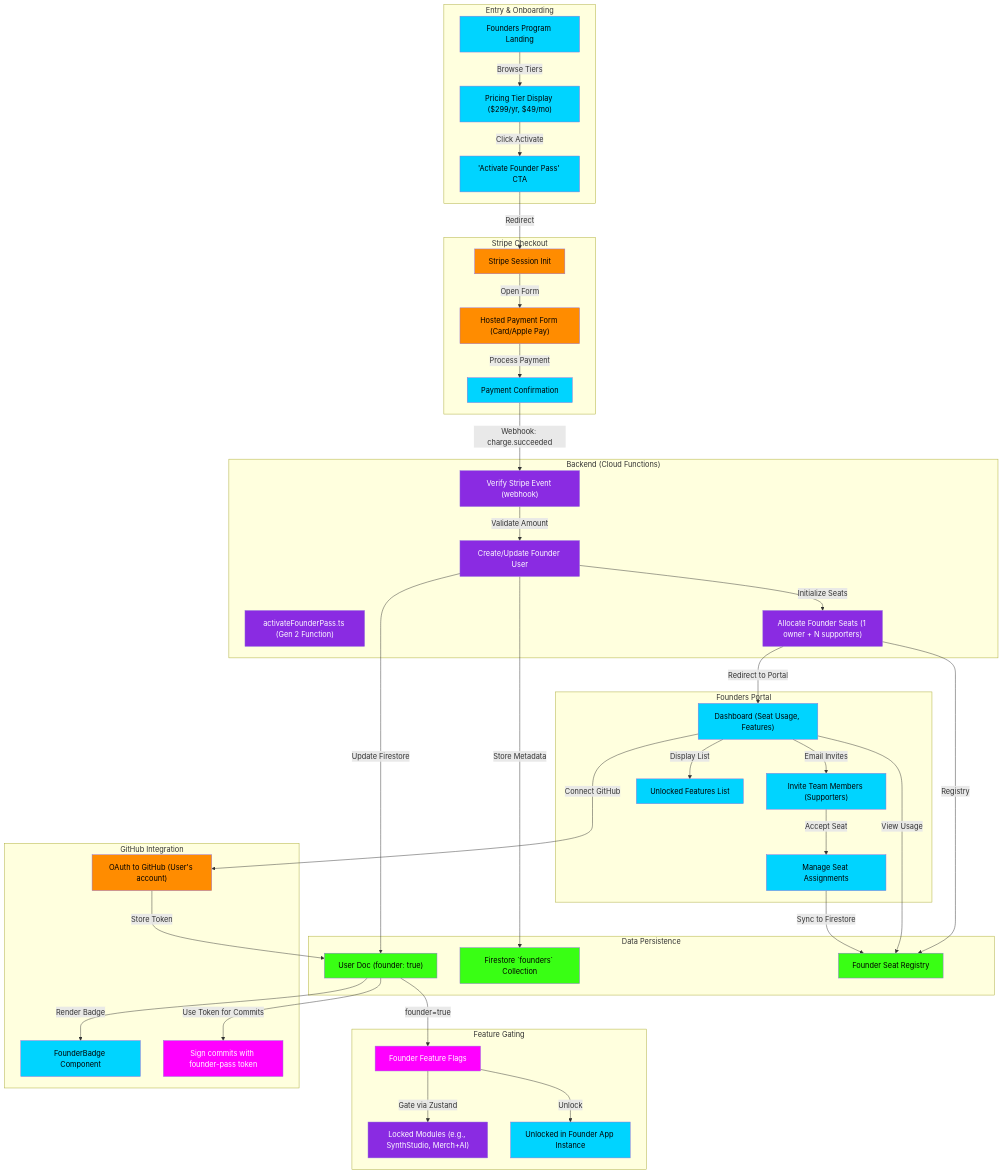
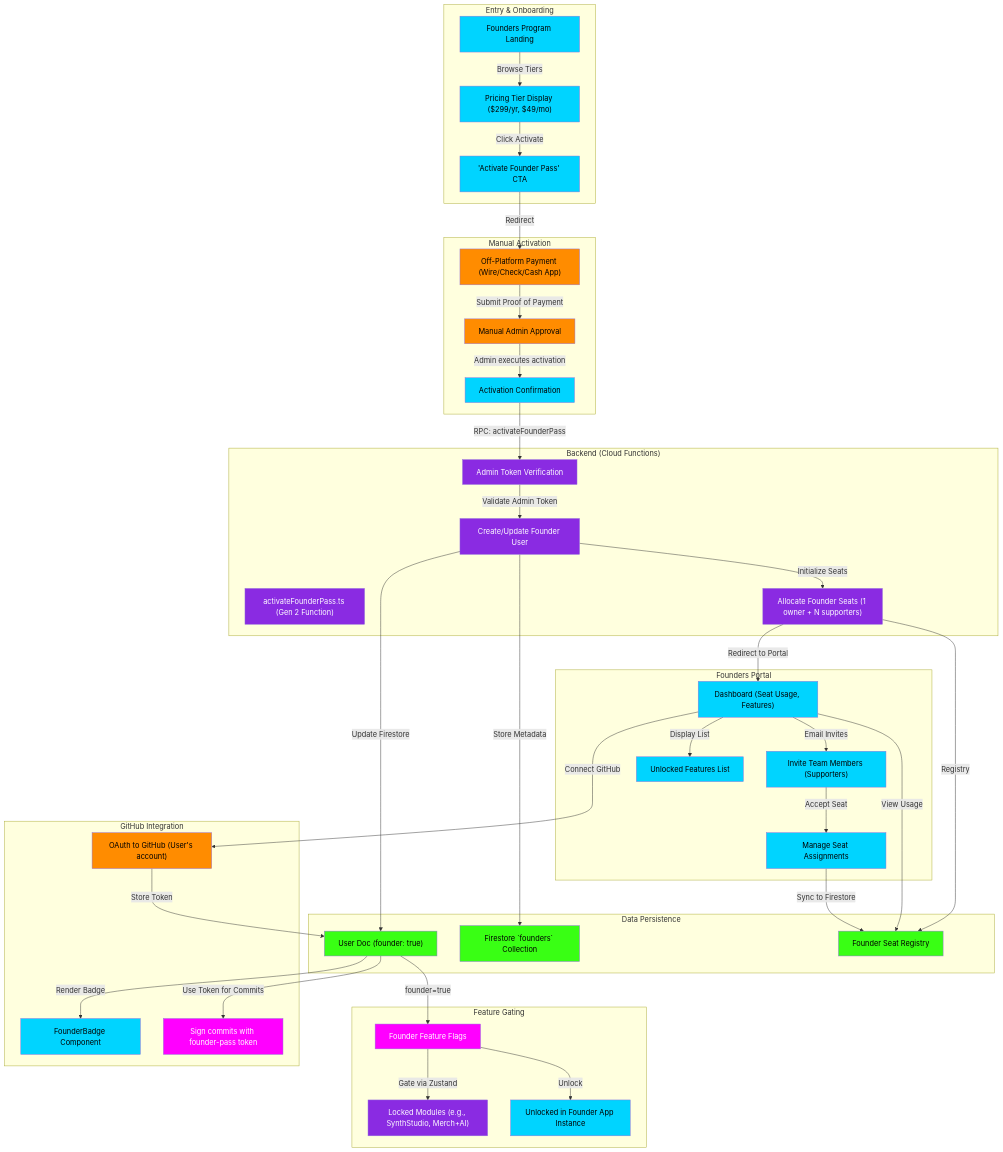
One commit to indii-music-founder/indii-music-founder changed the diagram in docs/flowcharts/founders-checkout-portal.md. Above: the diagram before and after it, drawn with Mermaid. The commit also changed other lines of this file and 11 other files, not shown here.

```diff
--- a/docs/flowcharts/founders-checkout-portal.md
+++ b/docs/flowcharts/founders-checkout-portal.md
@@ -12,16 +12,16 @@
     end
 
     %% Checkout
-    subgraph Checkout ["Stripe Checkout"]
-        StripeSession["Stripe Session Init"]
-        PaymentForm["Hosted Payment Form (Card/Apple Pay)"]
-        Confirmation["Payment Confirmation"]
+    subgraph Checkout ["Manual Activation"]
+        WireTransfer["Off-Platform Payment (Wire/Check/Cash App)"]
+        AdminApproval["Manual Admin Approval"]
+        Confirmation["Activation Confirmation"]
     end
 
     %% Backend Processing
     subgraph Backend ["Backend (Cloud Functions)"]
         FounderPass["activateFounderPass.ts (Gen 2 Function)"]
-        VerifyPayment["Verify Stripe Event (webhook)"]
+        VerifyPayment["Admin Token Verification"]
         CreateUser["Create/Update Founder User"]
         SeatAllocation["Allocate Founder Seats (1 owner + N supporters)"]
     end
@@ -58,12 +58,12 @@
     %% Flow
     FoundersLanding -->|"Browse Tiers"| PricingDisplay
     PricingDisplay -->|"Click Activate"| CTAButton
-    CTAButton -->|"Redirect"| StripeSession
-    StripeSession -->|"Open Form"| PaymentForm
-    PaymentForm -->|"Process Payment"| Confirmation
+    CTAButton -->|"Redirect"| WireTransfer
+    WireTransfer -->|"Submit Proof of Payment"| AdminApproval
+    AdminApproval -->|"Admin executes activation"| Confirmation
     
-    Confirmation -->|"Webhook: charge.succeeded"| VerifyPayment
-    VerifyPayment -->|"Validate Amount"| CreateUser
+    Confirmation -->|"RPC: activateFounderPass"| VerifyPayment
+    VerifyPayment -->|"Validate Admin Token"| CreateUser
     CreateUser -->|"Update Firestore"| UserDoc
     CreateUser -->|"Store Metadata"| FoundersCollection
     CreateUser -->|"Initialize Seats"| SeatAllocation
@@ -90,8 +90,8 @@
     style PricingDisplay fill:#00D4FF,color:#000
     style CTAButton fill:#00D4FF,color:#000
 
-    style StripeSession fill:#FF8C00,color:#000
-    style PaymentForm fill:#FF8C00,color:#000
+    style WireTransfer fill:#FF8C00,color:#000
+    style AdminApproval fill:#FF8C00,color:#000
     style Confirmation fill:#00D4FF,color:#000
 
     style FounderPass fill:#8A2BE2,color:#FFF
```
